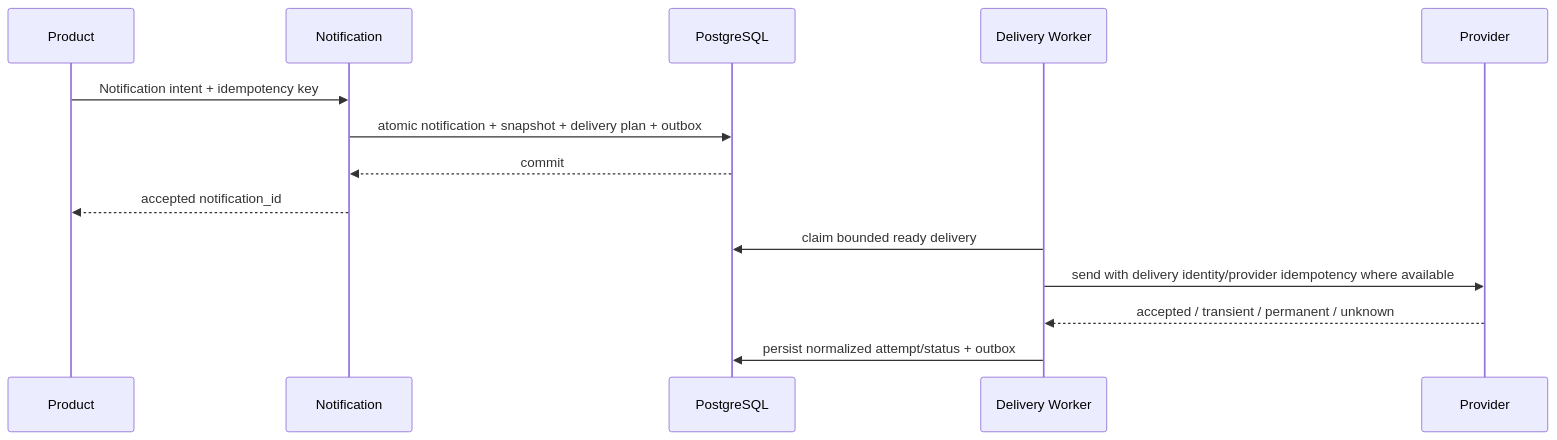
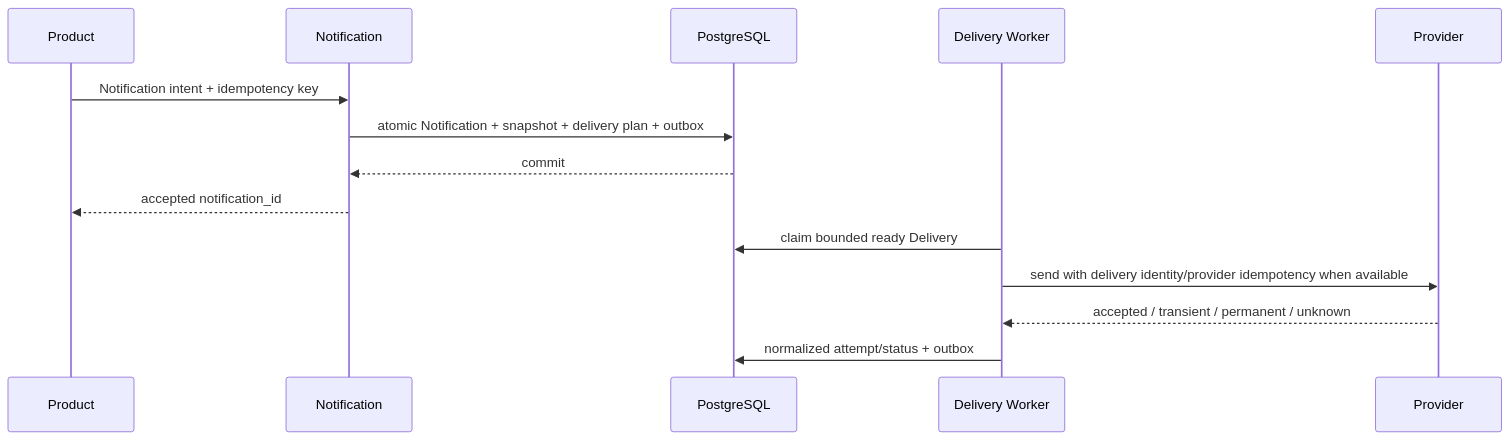
The third of 7 diagrams in 04-system/scnehaux-notification-platform/scnehaux-notification-platform.sad.md (anshacerbia2/scnehaux-architecture), drawn with Mermaid before and after one commit. The commit also changed other lines of this file and 18 other files, not shown here.

````diff
--- a/04-system/scnehaux-notification-platform/scnehaux-notification-platform.sad.md
+++ b/04-system/scnehaux-notification-platform/scnehaux-notification-platform.sad.md
@@ -206,17 +247,17 @@
 ```mermaid
 sequenceDiagram
     participant P as Product
     participant N as Notification
     participant D as PostgreSQL
     participant W as Delivery Worker
     participant X as Provider
 
     P->>N: Notification intent + idempotency key
-    N->>D: atomic notification + snapshot + delivery plan + outbox
+    N->>D: atomic Notification + snapshot + delivery plan + outbox
     D-->>N: commit
     N-->>P: accepted notification_id
-    W->>D: claim bounded ready delivery
-    W->>X: send with delivery identity/provider idempotency where available
+    W->>D: claim bounded ready Delivery
+    W->>X: send with delivery identity/provider idempotency when available
     X-->>W: accepted / transient / permanent / unknown
-    W->>D: persist normalized attempt/status + outbox
+    W->>D: normalized attempt/status + outbox
 ```
````
